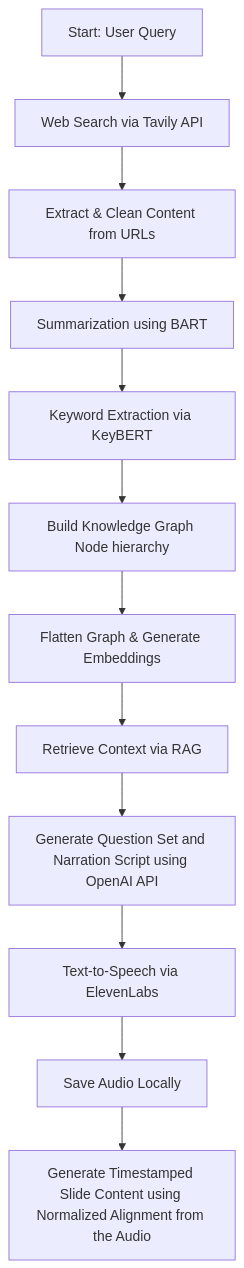
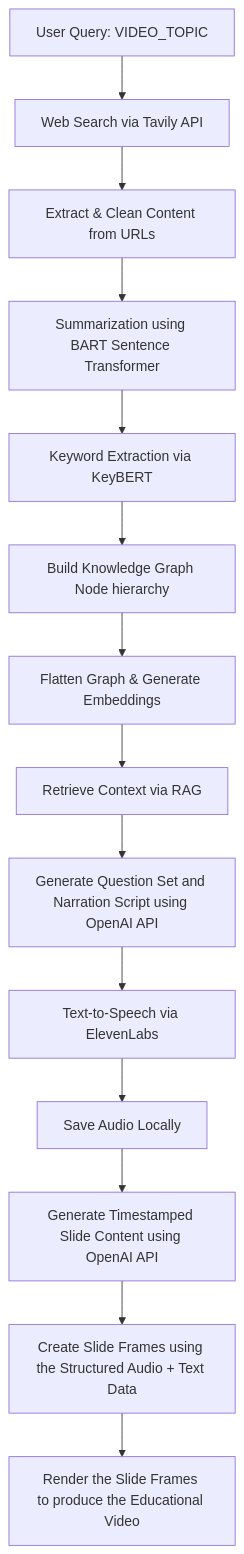
The diagram in README.md (rachitbhandarii/klaro), drawn with Mermaid before and after one commit. The commit also changed other lines of this file, not shown here.

````diff
--- a/README.md
+++ b/README.md
@@ -33,15 +75,17 @@
 ```mermaid
 flowchart TD
-    A[Start: User Query] --> B[Web Search via Tavily API]
+    A[User Query: VIDEO_TOPIC] --> B[Web Search via Tavily API]
     B --> C[Extract & Clean Content from URLs]
-    C --> D[Summarization using BART]
+    C --> D[Summarization using BART Sentence Transformer]
     D --> E[Keyword Extraction via KeyBERT]
     E --> F[Build Knowledge Graph Node hierarchy]
     F --> G[Flatten Graph & Generate Embeddings]
     G --> H[Retrieve Context via RAG]
     H --> I[Generate Question Set and Narration Script using OpenAI API]
     I --> J[Text-to-Speech via ElevenLabs]
     J --> K[Save Audio Locally]
-    K --> L[Generate Timestamped Slide Content using Normalized Alignment from the Audio]
+    K --> L[Generate Timestamped Slide Content using OpenAI API]
+    L --> M[Create Slide Frames using the Structured Audio + Text Data]
+    M --> N[Render the Slide Frames to produce the Educational Video]
 
 ```
````
